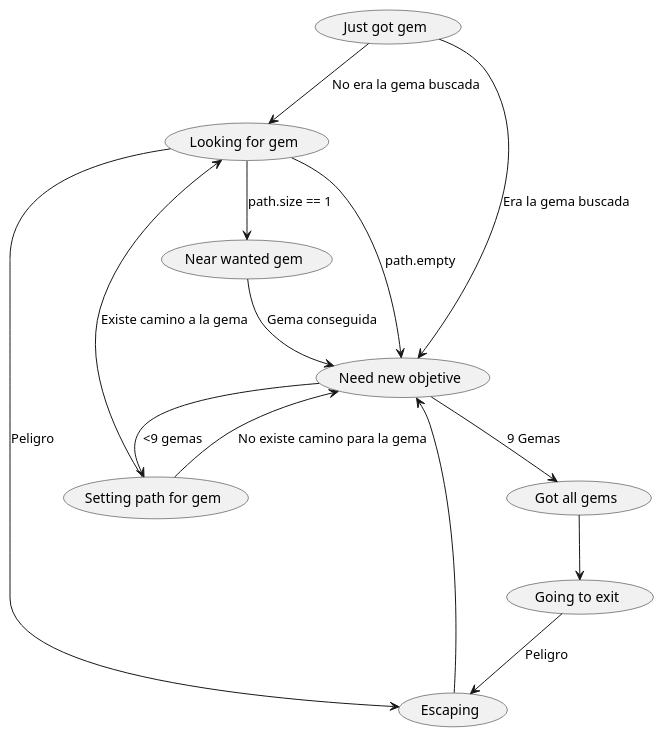
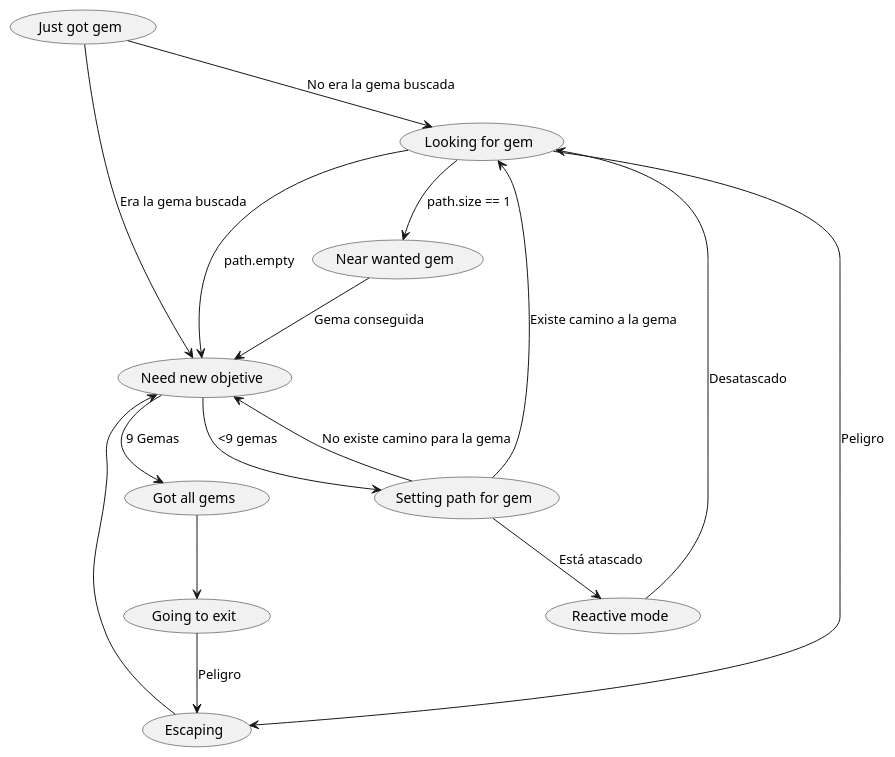
The diagram in memoria.org (Ludvins/DGIIM_TSI), drawn with PlantUML before and after one commit. The commit also changed other lines of this file and 1 other file, not shown here.

```diff
--- a/memoria.org
+++ b/memoria.org
@@ -28,31 +31,34 @@
 #+begin_src plantuml :file tryout.png
 (Looking for gem) as lfg
 (Near wanted gem) as nwg
 (Setting path for gem) as spfg
 (Need new objetive) as nno
 (Escaping) as e
 (Got all gems) as gag
 (Going to exit) as gte
 (Just got gem) as jgg
+(Reactive mode) as rm
 
 nwg --> nno : Gema conseguida
 
 lfg --> e : Peligro
 lfg --> nwg : path.size == 1
 lfg --> nno : path.empty
 
 jgg --> nno : Era la gema buscada
 jgg --> lfg : No era la gema buscada
 
 spfg --> nno : No existe camino para la gema
 spfg --> lfg : Existe camino a la gema
-
+spfg --> rm : Está atascado
 nno --> gag : 9 Gemas
 nno --> spfg : <9 gemas
+
+rm --> lfg : Desatascado
 
 e --> nno
 
 gag --> gte
 
 gte --> e : Peligro
 #+end_src
```
